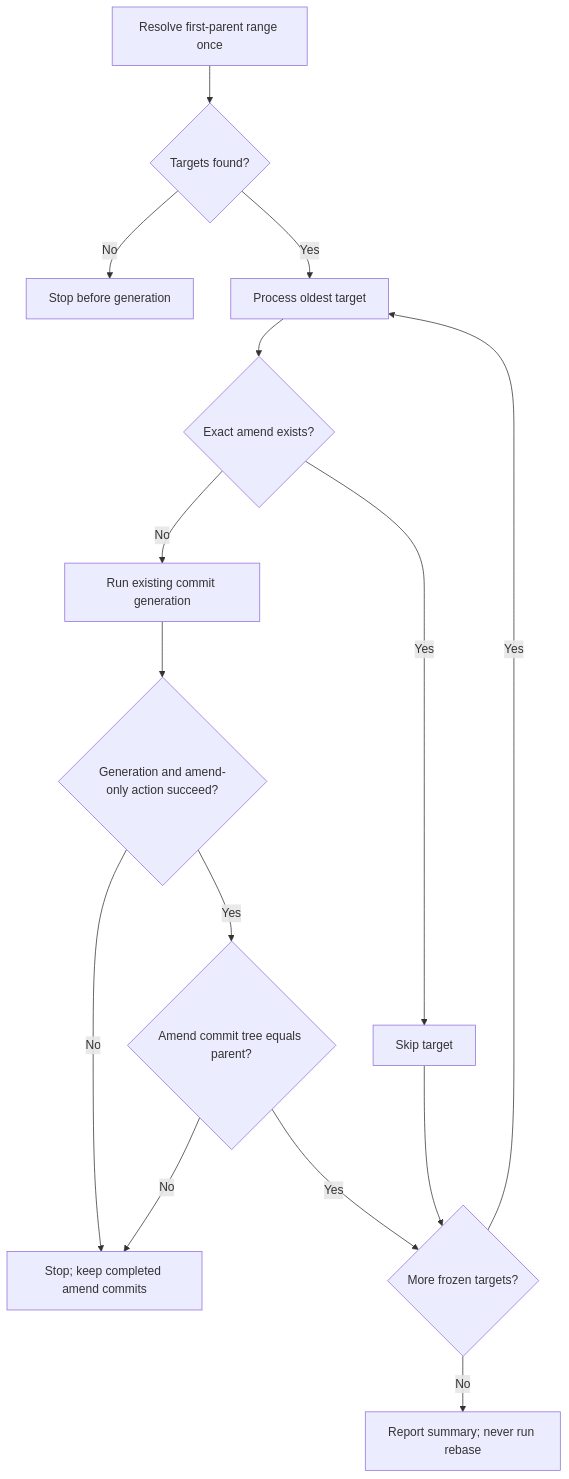
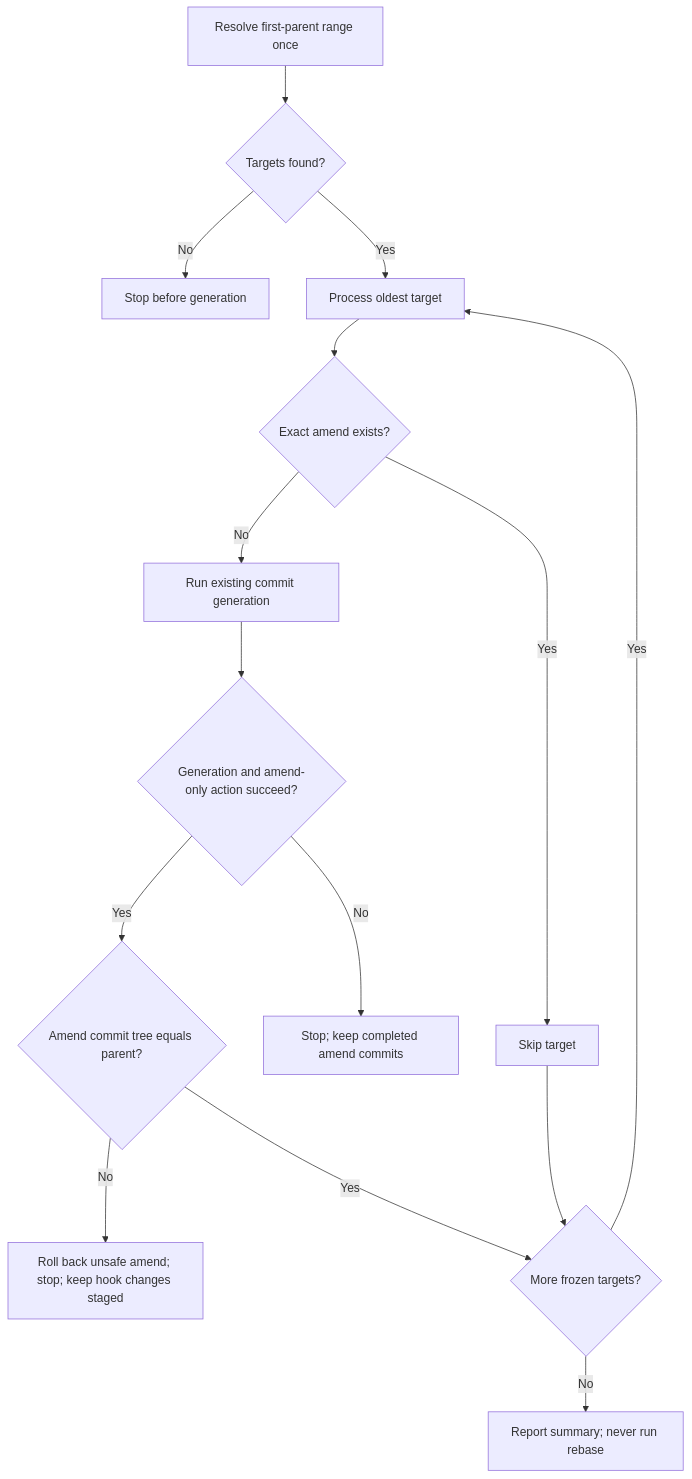
The fourth of 4 diagrams in docs/user-flow.md (cebreus/gcm), drawn with Mermaid before and after one commit. The commit also changed other lines of this file and 86 other files, not shown here.

````diff
--- a/docs/user-flow.md
+++ b/docs/user-flow.md
@@ -116,17 +116,17 @@
 ```mermaid
 flowchart TD
   A[Resolve first-parent range once] --> B{Targets found?}
   B -- No --> X[Stop before generation]
   B -- Yes --> C[Process oldest target]
   C --> D{Exact amend exists?}
   D -- Yes --> E[Skip target]
   D -- No --> F[Run existing commit generation]
   F --> G{Generation and amend-only action succeed?}
   G -- No --> X2[Stop; keep completed amend commits]
   G -- Yes --> H{Amend commit tree equals parent?}
-  H -- No --> X2
+  H -- No --> X3[Roll back unsafe amend; stop; keep hook changes staged]
   H -- Yes --> I{More frozen targets?}
   E --> I
   I -- Yes --> C
   I -- No --> Z[Report summary; never run rebase]
 ```
````
